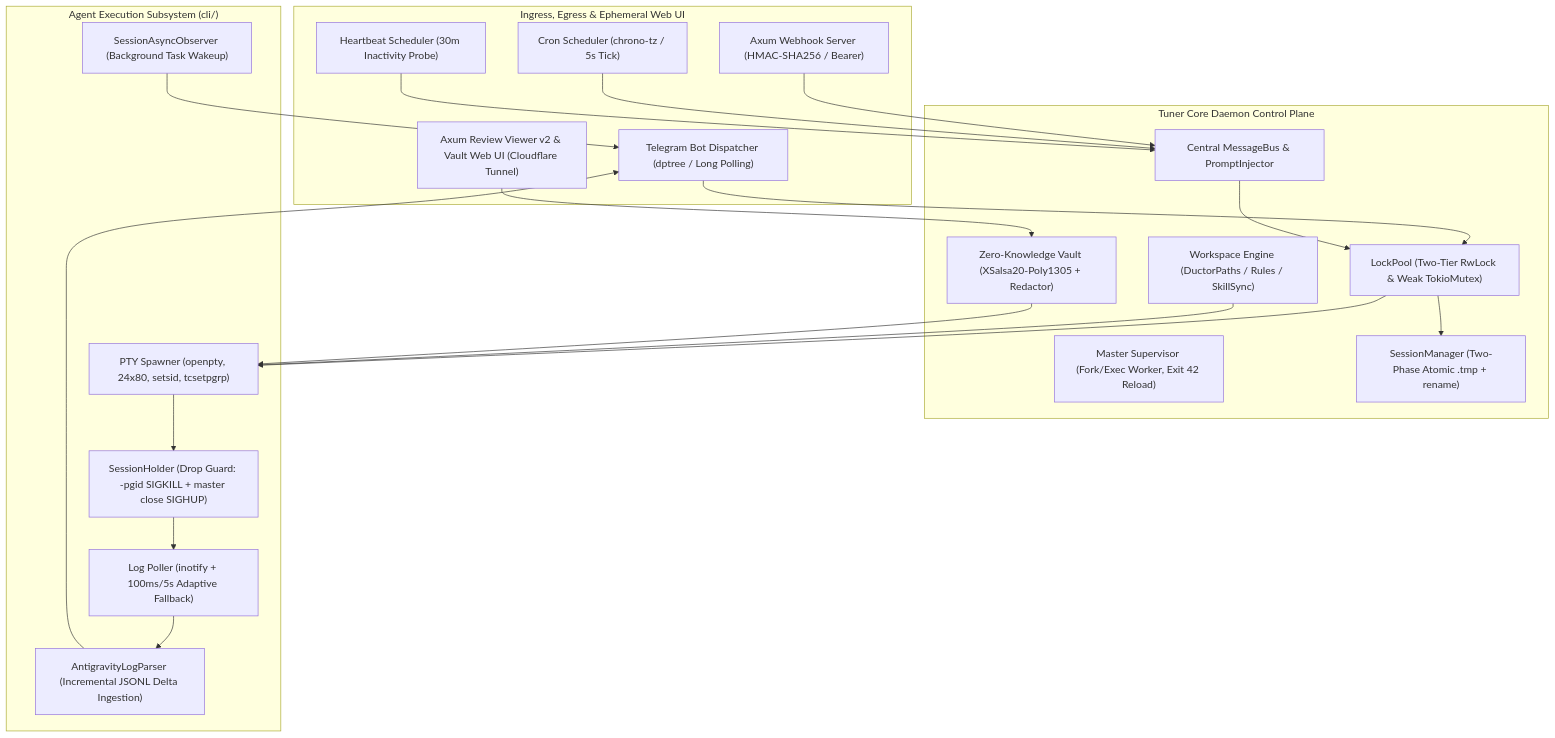
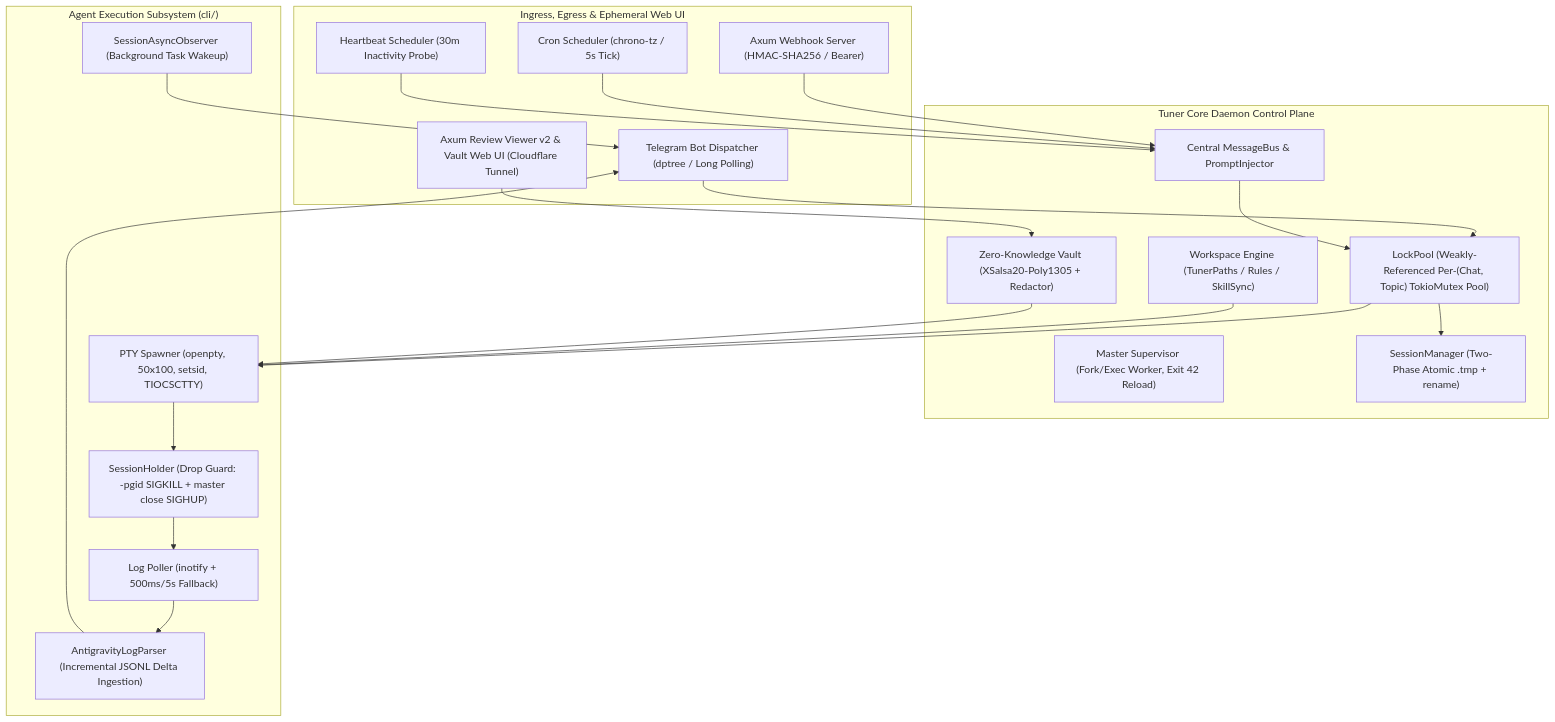
Before and after one commit to imwoo90/tuner: the diagram in ARCHITECTURE.md, drawn with Mermaid. The commit also changed other lines of this file and 124 other files, not shown here.

````diff
--- a/ARCHITECTURE.md
+++ b/ARCHITECTURE.md
@@ -20,43 +20,43 @@
 ```mermaid
 graph TD
     subgraph Transports["Ingress, Egress & Ephemeral Web UI"]
         TG["Telegram Bot Dispatcher (dptree / Long Polling)"]
         WH["Axum Webhook Server (HMAC-SHA256 / Bearer)"]
         RV["Axum Review Viewer v2 & Vault Web UI (Cloudflare Tunnel)"]
         CronSched["Cron Scheduler (chrono-tz / 5s Tick)"]
         HbSched["Heartbeat Scheduler (30m Inactivity Probe)"]
     end
 
     subgraph CoreDaemon["Tuner Core Daemon Control Plane"]
         Supervisor["Master Supervisor (Fork/Exec Worker, Exit 42 Reload)"]
         Bus["Central MessageBus & PromptInjector"]
-        LockPool["LockPool (Two-Tier RwLock & Weak TokioMutex)"]
+        LockPool["LockPool (Weakly-Referenced Per-(Chat, Topic) TokioMutex Pool)"]
         SessionMgr["SessionManager (Two-Phase Atomic .tmp + rename)"]
-        WorkspaceMgr["Workspace Engine (DuctorPaths / Rules / SkillSync)"]
+        WorkspaceMgr["Workspace Engine (TunerPaths / Rules / SkillSync)"]
         VaultStore["Zero-Knowledge Vault (XSalsa20-Poly1305 + Redactor)"]
     end
 
     subgraph AgentRuntime["Agent Execution Subsystem (cli/)"]
-        PTY["PTY Spawner (openpty, 24x80, setsid, tcsetpgrp)"]
+        PTY["PTY Spawner (openpty, 50x100, setsid, TIOCSCTTY)"]
         Holder["SessionHolder (Drop Guard: -pgid SIGKILL + master close SIGHUP)"]
-        Poller["Log Poller (inotify + 100ms/5s Adaptive Fallback)"]
+        Poller["Log Poller (inotify + 500ms/5s Fallback)"]
         Parser["AntigravityLogParser (Incremental JSONL Delta Ingestion)"]
         AsyncObs["SessionAsyncObserver (Background Task Wakeup)"]
     end
 
     TG --> LockPool
     WH --> Bus
     RV --> VaultStore
     CronSched --> Bus
     HbSched --> Bus
     Bus --> LockPool
     LockPool --> SessionMgr
     LockPool --> PTY
     WorkspaceMgr --> PTY
     VaultStore --> PTY
     PTY --> Holder
     Holder --> Poller
     Poller --> Parser
     Parser --> TG
     AsyncObs --> TG
 ```
````
